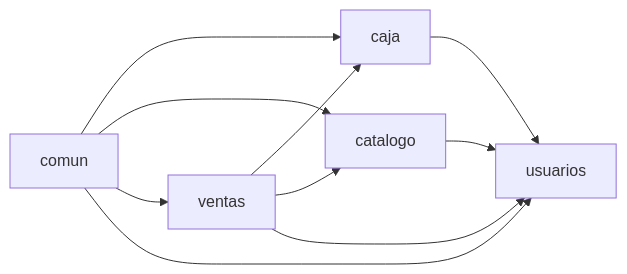
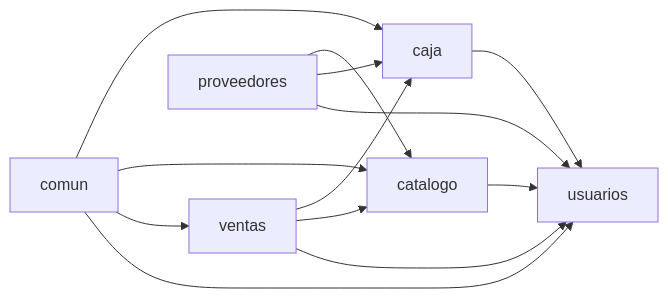
The second of 3 diagrams in docs/06-arquitectura.md (Ezequielnav/sistema-gestion-carniceria), drawn with Mermaid before and after one commit. The commit also changed other lines of this file and 4 other files, not shown here.

````diff
--- a/docs/06-arquitectura.md
+++ b/docs/06-arquitectura.md
@@ -133,12 +133,15 @@
 ```mermaid
 flowchart LR
     ventas --> caja
     ventas --> catalogo
     caja --> usuarios
     catalogo --> usuarios
     ventas --> usuarios
+    proveedores --> catalogo
+    proveedores --> caja
+    proveedores --> usuarios
     comun --> caja
     comun --> catalogo
     comun --> ventas
     comun --> usuarios
 ```
````
